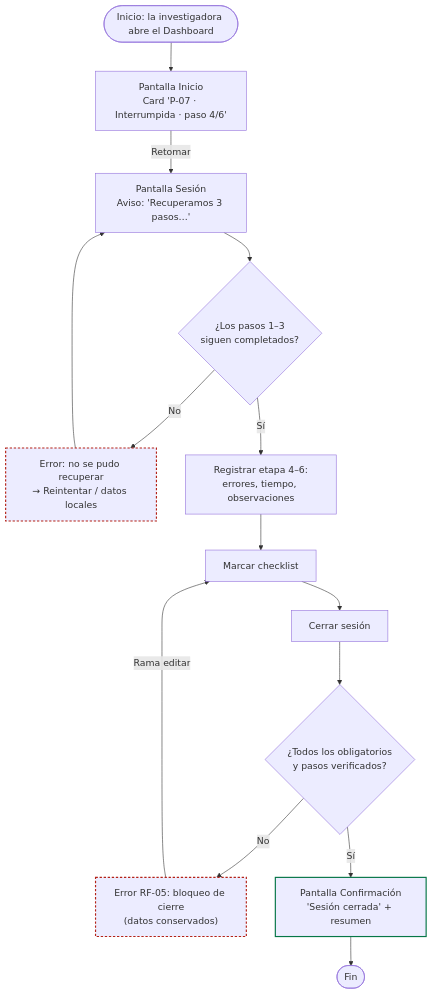
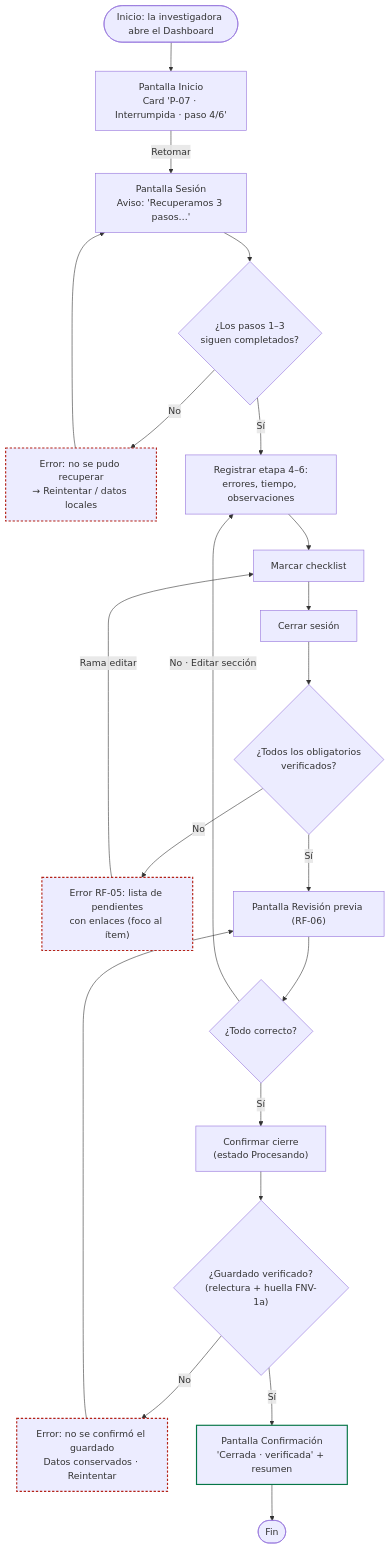
One commit to SalyC15/PruebaPracticaIHC changed the first of 2 diagrams in diagramas/user-flow.md. Above: the diagram before and after it, drawn with Mermaid. The commit also changed other lines of this file and 16 other files, not shown here.

````diff
--- a/diagramas/user-flow.md
+++ b/diagramas/user-flow.md
@@ -5,19 +7,26 @@
 ```mermaid
 flowchart TD
     S([Inicio: la investigadora abre el Dashboard]) --> P1["Pantalla Inicio<br/>Card 'P-07 · Interrumpida · paso 4/6'"]
     P1 -->|Retomar| P2["Pantalla Sesión<br/>Aviso: 'Recuperamos 3 pasos…'"]
     P2 --> D1{"¿Los pasos 1–3<br/>siguen completados?"}
     D1 -- No --> E0["Error: no se pudo recuperar<br/>→ Reintentar / datos locales"]:::err
     E0 --> P2
     D1 -- Sí --> A1["Registrar etapa 4–6:<br/>errores, tiempo, observaciones"]
     A1 --> A2["Marcar checklist"]
     A2 --> A3["Cerrar sesión"]
-    A3 --> D2{"¿Todos los obligatorios<br/>y pasos verificados?"}
-    D2 -- No --> E1["Error RF-05: bloqueo de cierre<br/>(datos conservados)"]:::err
+    A3 --> D2{"¿Todos los obligatorios<br/>verificados?"}
+    D2 -- No --> E1["Error RF-05: lista de pendientes<br/>con enlaces (foco al ítem)"]:::err
     E1 -->|Rama editar| A2
-    D2 -- Sí --> P4["Pantalla Confirmación<br/>'Sesión cerrada' + resumen"]:::ok
+    D2 -- Sí --> P3["Pantalla Revisión previa (RF-06)"]
+    P3 --> D3{"¿Todo correcto?"}
+    D3 -- "No · Editar sección" --> A1
+    D3 -- Sí --> A4["Confirmar cierre<br/>(estado Procesando)"]
+    A4 --> D4{"¿Guardado verificado?<br/>(relectura + huella FNV-1a)"}
+    D4 -- No --> E2["Error: no se confirmó el guardado<br/>Datos conservados · Reintentar"]:::err
+    E2 --> P3
+    D4 -- Sí --> P4["Pantalla Confirmación<br/>'Cerrada · verificada' + resumen"]:::ok
     P4 --> F([Fin])
 
     classDef err stroke:#b42318,stroke-width:2px,stroke-dasharray:4 3;
     classDef ok stroke:#067647,stroke-width:2px;
 ```
````
